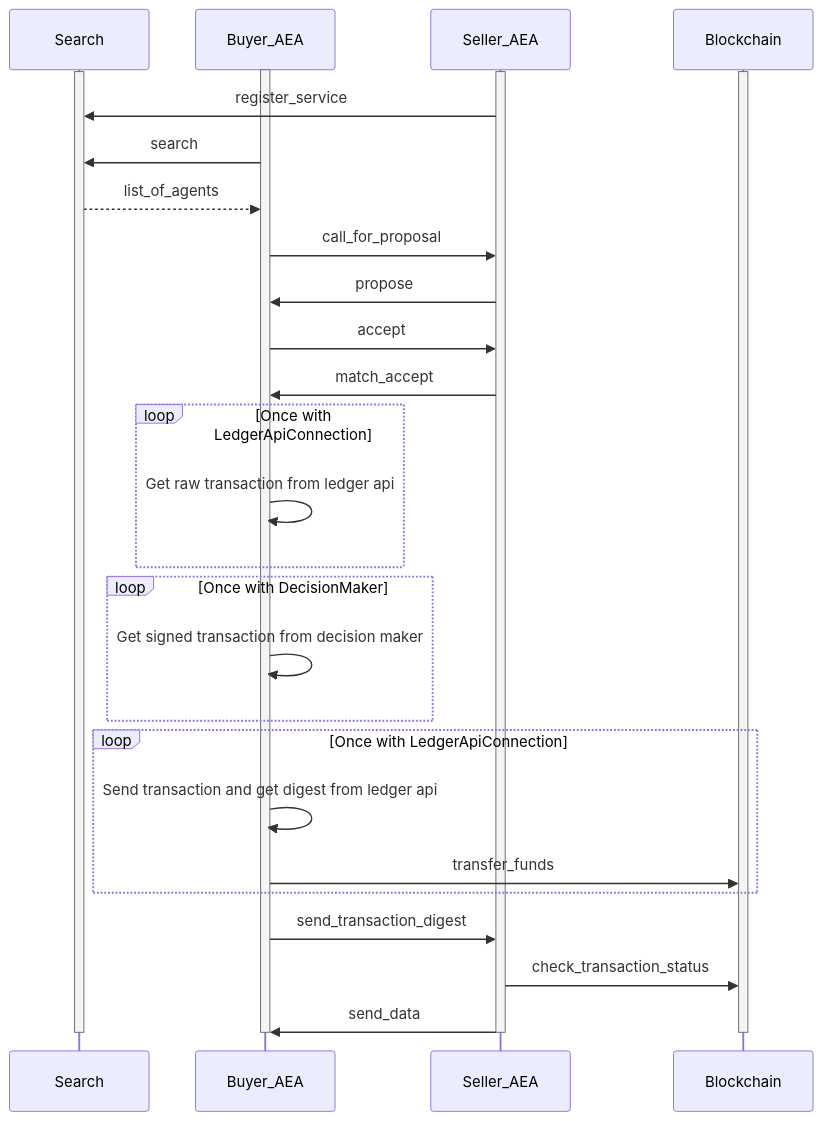
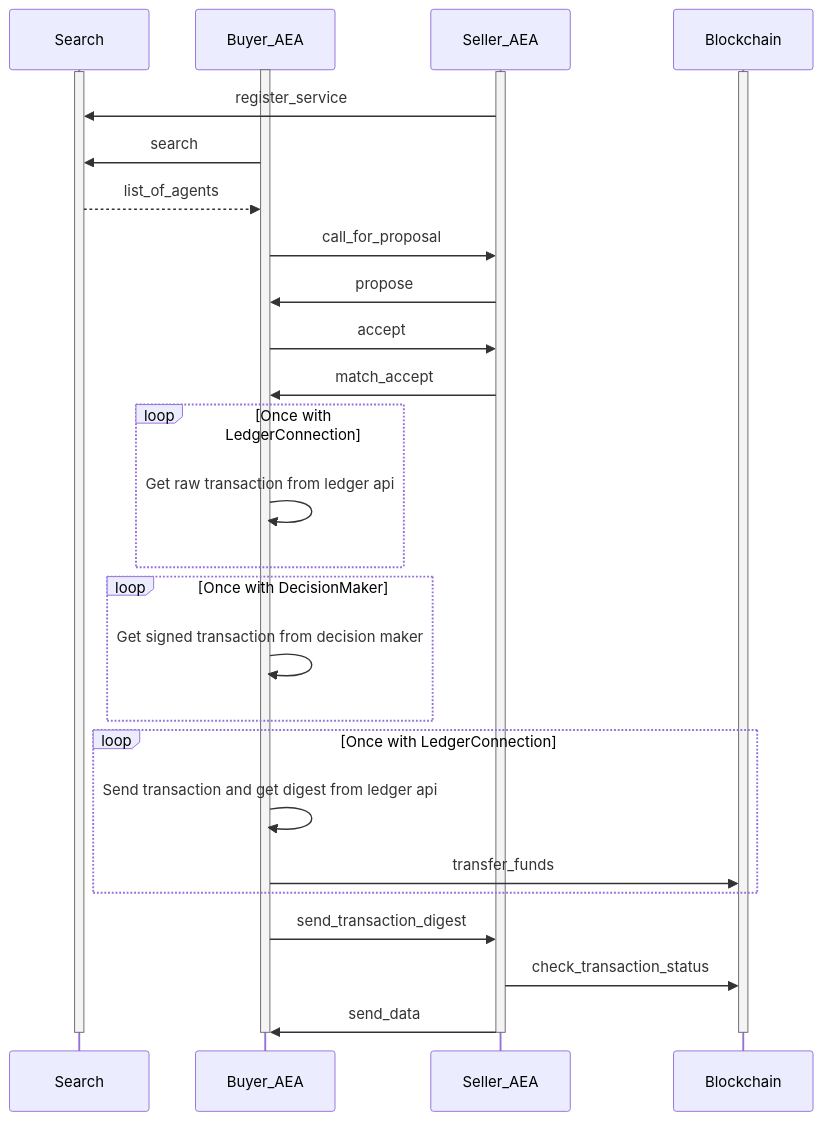
One commit to legendarydeveloper919/agents-aea changed the diagram in docs/generic-skills-step-by-step.md. Above: the diagram before and after it, drawn with Mermaid. The commit also changed other lines of this file and 51 other files, not shown here.

Commit message:
rename ledger api connection

```diff
--- a/docs/generic-skills-step-by-step.md
+++ b/docs/generic-skills-step-by-step.md
@@ -219,39 +219,39 @@
 <div class="mermaid">
     sequenceDiagram
         participant Search
         participant Buyer_AEA
         participant Seller_AEA
         participant Blockchain
     
         activate Buyer_AEA
         activate Search
         activate Seller_AEA
         activate Blockchain
         
         Seller_AEA->>Search: register_service
         Buyer_AEA->>Search: search
         Search-->>Buyer_AEA: list_of_agents
         Buyer_AEA->>Seller_AEA: call_for_proposal
         Seller_AEA->>Buyer_AEA: propose
         Buyer_AEA->>Seller_AEA: accept
         Seller_AEA->>Buyer_AEA: match_accept
-        loop Once with LedgerApiConnection
+        loop Once with LedgerConnection
             Buyer_AEA->>Buyer_AEA: Get raw transaction from ledger api
         end
         loop Once with DecisionMaker
             Buyer_AEA->>Buyer_AEA: Get signed transaction from decision maker
         end
-        loop Once with LedgerApiConnection
+        loop Once with LedgerConnection
             Buyer_AEA->>Buyer_AEA: Send transaction and get digest from ledger api
             Buyer_AEA->>Blockchain: transfer_funds
         end
         Buyer_AEA->>Seller_AEA: send_transaction_digest
         Seller_AEA->>Blockchain: check_transaction_status
         Seller_AEA->>Buyer_AEA: send_data
         
         deactivate Buyer_AEA
         deactivate Search
         deactivate Seller_AEA
         deactivate Blockchain
        
 </div>
```
